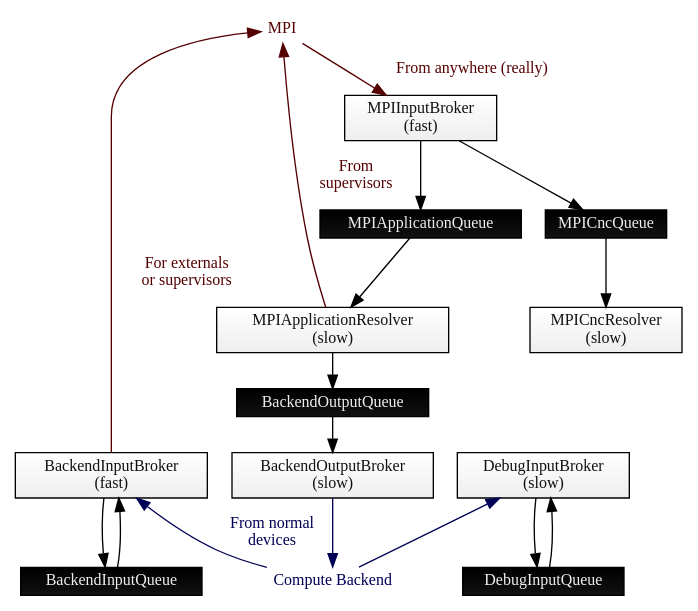
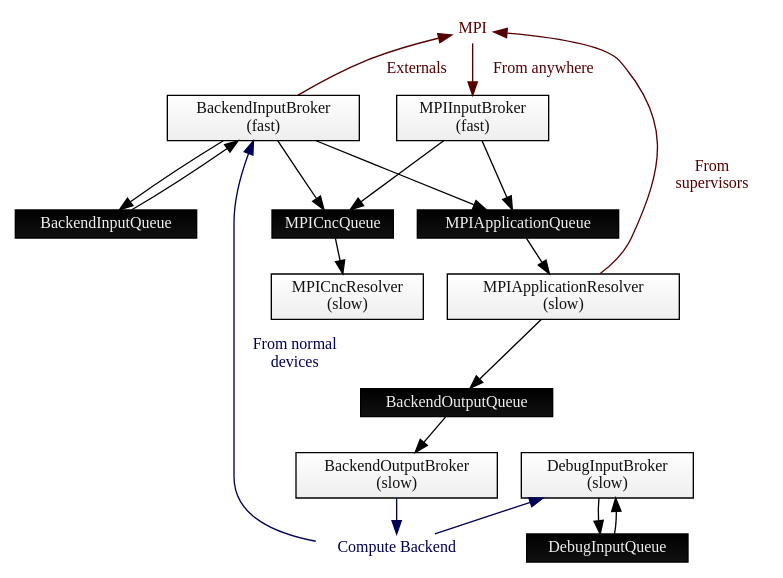
Before and after one commit to POETSII/orchestrator-documentation: the diagram in images/source/mothership_producer_consumer.dot, drawn with Graphviz. The commit also changed 1 other file, not shown here.

Commit message:
Make 'BackendInputBroker' able to queue MPI messages directly into 'MPICncQueue' and 'MPIApplicationQueue'.

```diff
--- a/images/source/mothership_producer_consumer.dot
+++ b/images/source/mothership_producer_consumer.dot
@@ -1,87 +1,87 @@
 digraph G {
 
     fontname="Inconsolata";
     fontsize=12;
     margin=0;
     ranksep=0.35;
 
     // Threads
     node[color="#000000",
          fillcolor="#ffffff:#eeeeee",
          fontcolor="#111111",
          fontname="Inconsolata",
          fontsize=12,
          gradientangle=270,
          height=0,
          margin=0.05;
          penwidth=1;
          shape="rect",
          style="filled",
          width=0];
 
     MPIInputBroker[label="MPIInputBroker\n(fast)"];
     MPICncResolver[label="MPICncResolver\n(slow)"];
     MPIApplicationResolver[label="MPIApplicationResolver\n(slow)"];
     BackendOutputBroker[label="BackendOutputBroker\n(slow)"];
     BackendInputBroker[label="BackendInputBroker\n(fast)"];
     DebugInputBroker[label="DebugInputBroker\n(slow)"];
 
     // Queues
     node[color="#000000",
          fillcolor="#000000:#111111",
          fontcolor="#eeeeee"];
 
     MPIApplicationQueue;
     MPICncQueue;
     BackendOutputQueue;
     BackendInputQueue;
     DebugInputQueue;
 
     // Communication Buses
     node[color="#FFFFFF",
          fillcolor="#FFFFFF"];
 
     MPI [fontcolor="#550000"];
     Backend [label="Compute Backend", fontcolor="#000055"];
 
     // Producer-consumer relationship
     edge[color="#000000",
          fontname="Inconsolata",
          fontsize=12;
          penwidth=1];
 
     MPIInputBroker -> MPIApplicationQueue;
     MPIInputBroker -> MPICncQueue;
     MPICncQueue -> MPICncResolver;
     MPIApplicationQueue -> MPIApplicationResolver;
     MPIApplicationResolver -> BackendOutputQueue;
     BackendOutputQueue -> BackendOutputBroker;
     BackendInputBroker -> BackendInputQueue;
+    BackendInputBroker -> MPIApplicationQueue;
+    BackendInputBroker -> MPICncQueue;
     BackendInputQueue -> BackendInputBroker;
     DebugInputBroker -> DebugInputQueue;
     DebugInputQueue -> DebugInputBroker;
 
     // MPI
     edge[color="#550000",
          fontcolor="#550000"];
 
-    MPI -> MPIInputBroker [label=" From anywhere (really)"];
+    MPI -> MPIInputBroker [label=" From anywhere"];
     MPIApplicationResolver -> MPI [label=" From\nsupervisors"];
     //MPICncResolver -> MPI;
-    BackendInputBroker -> MPI [label=" For externals\n or supervisors"];
+    BackendInputBroker -> MPI [label=" Externals"];
     //DebugInputBroker -> MPI;
 
     // Backend
     edge[color="#000055",
          fontcolor="#000055"];
 
-    Backend -> BackendInputBroker [label="From normal\ndevices"];
+    Backend -> BackendInputBroker [label=" From normal\ndevices"];
     Backend -> DebugInputBroker;
     BackendOutputBroker -> Backend;
 
     // Movement
     { rank=min; MPI; }
     { rank=max; Backend; }
-    { rank=same; BackendInputQueue; DebugInputQueue; }
-    { rank=same; BackendInputBroker; DebugInputBroker; }
 }
```
